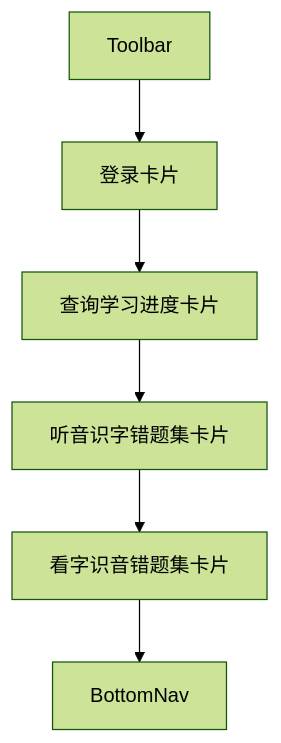
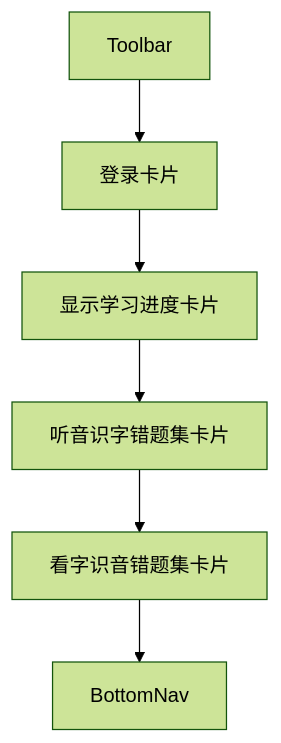
One commit to runmu123/shizi changed the sixth of 12 diagrams in project.md. Above: the diagram before and after it, drawn with Mermaid (forest theme). The commit also changed other lines of this file and 5 other files, not shown here.

````diff
--- a/project.md
+++ b/project.md
@@ -297,8 +300,8 @@
 ```mermaid
 flowchart TB
     A["Toolbar"] --> B["登录卡片"]
-    B --> C["查询学习进度卡片"]
+    B --> C["显示学习进度卡片"]
     C --> D["听音识字错题集卡片"]
     D --> E["看字识音错题集卡片"]
     E --> F["BottomNav"]
 ```
````
